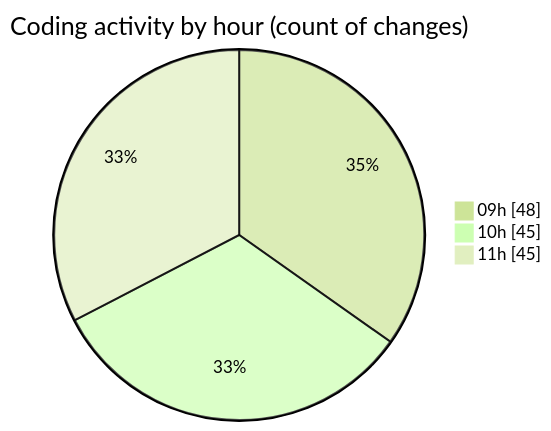
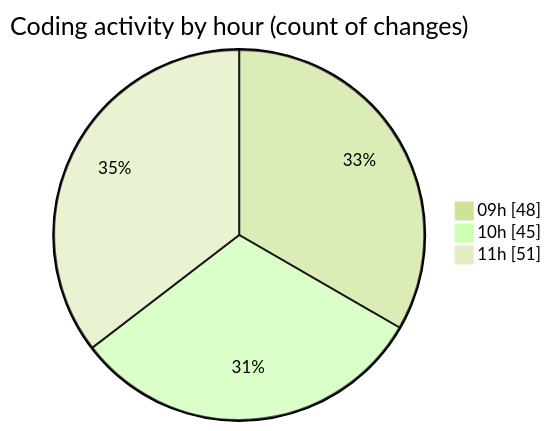
Before and after one commit to momahboobian/code-tracking: the second of 2 diagrams in 2025-03-14/cda/README.md, drawn with Mermaid (forest theme). The commit also changed other lines of this file and 1 other file, not shown here.

````diff
--- a/2025-03-14/cda/README.md
+++ b/2025-03-14/cda/README.md
@@ -45,7 +45,7 @@
 ```mermaid
 pie showData
 title Coding activity by hour (count of changes)
 "09h" : 48
 "10h" : 45
-"11h" : 45
+"11h" : 51
 ```
````
